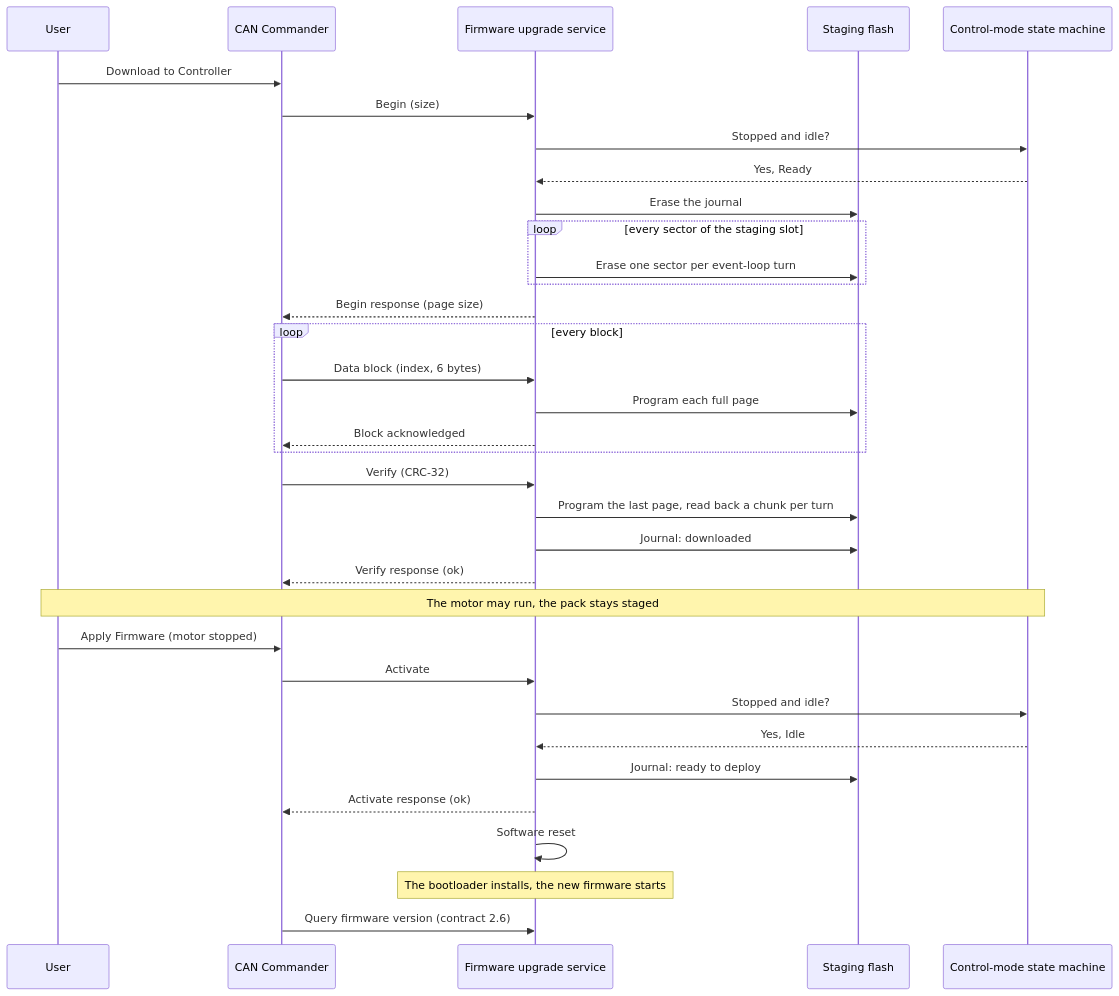
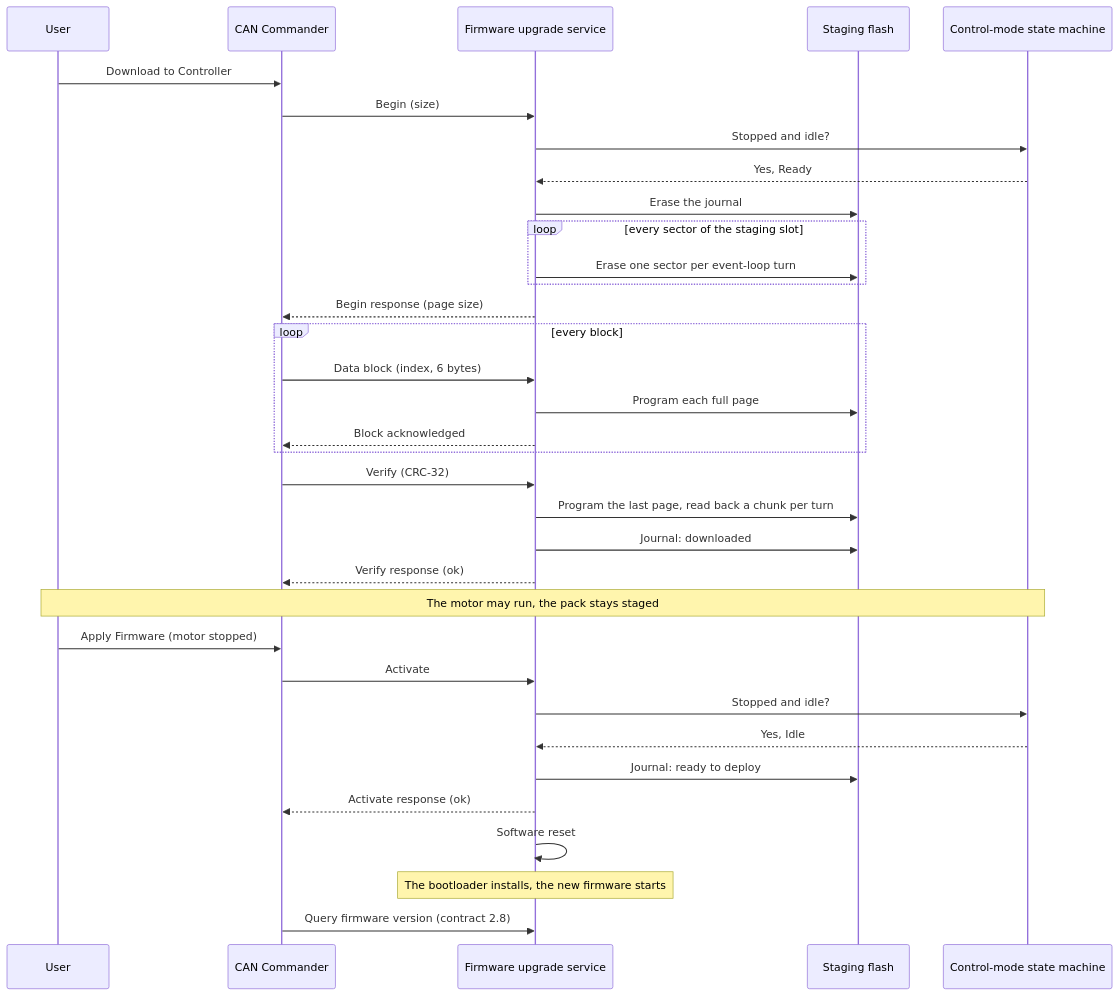
The second of 3 diagrams in documentation/design/service-firmware-upgrade.md (embedded-pro/e-foc), drawn with Mermaid before and after one commit. The commit also changed other lines of this file and 8 other files, not shown here.

First line of the commit message:
docs(firmware-upgrade): emergency stop ends a download, identity as contract 2.8

````diff
--- a/documentation/design/service-firmware-upgrade.md
+++ b/documentation/design/service-firmware-upgrade.md
@@ -314,36 +342,36 @@
 ```mermaid
 sequenceDiagram
     participant User
     participant Client as CAN Commander
     participant Service as Firmware upgrade service
     participant Staging as Staging flash
     participant Drive as Control-mode state machine
     User->>Client: Download to Controller
     Client->>Service: Begin (size)
     Service->>Drive: Stopped and idle?
     Drive-->>Service: Yes, Ready
     Service->>Staging: Erase the journal
     loop every sector of the staging slot
         Service->>Staging: Erase one sector per event-loop turn
     end
     Service-->>Client: Begin response (page size)
     loop every block
         Client->>Service: Data block (index, 6 bytes)
         Service->>Staging: Program each full page
         Service-->>Client: Block acknowledged
     end
     Client->>Service: Verify (CRC-32)
     Service->>Staging: Program the last page, read back a chunk per turn
     Service->>Staging: Journal: downloaded
     Service-->>Client: Verify response (ok)
     Note over User,Drive: The motor may run, the pack stays staged
     User->>Client: Apply Firmware (motor stopped)
     Client->>Service: Activate
     Service->>Drive: Stopped and idle?
     Drive-->>Service: Yes, Idle
     Service->>Staging: Journal: ready to deploy
     Service-->>Client: Activate response (ok)
     Service->>Service: Software reset
     Note over Service: The bootloader installs, the new firmware starts
-    Client->>Service: Query firmware version (contract 2.6)
+    Client->>Service: Query firmware version (contract 2.8)
 ```
````
